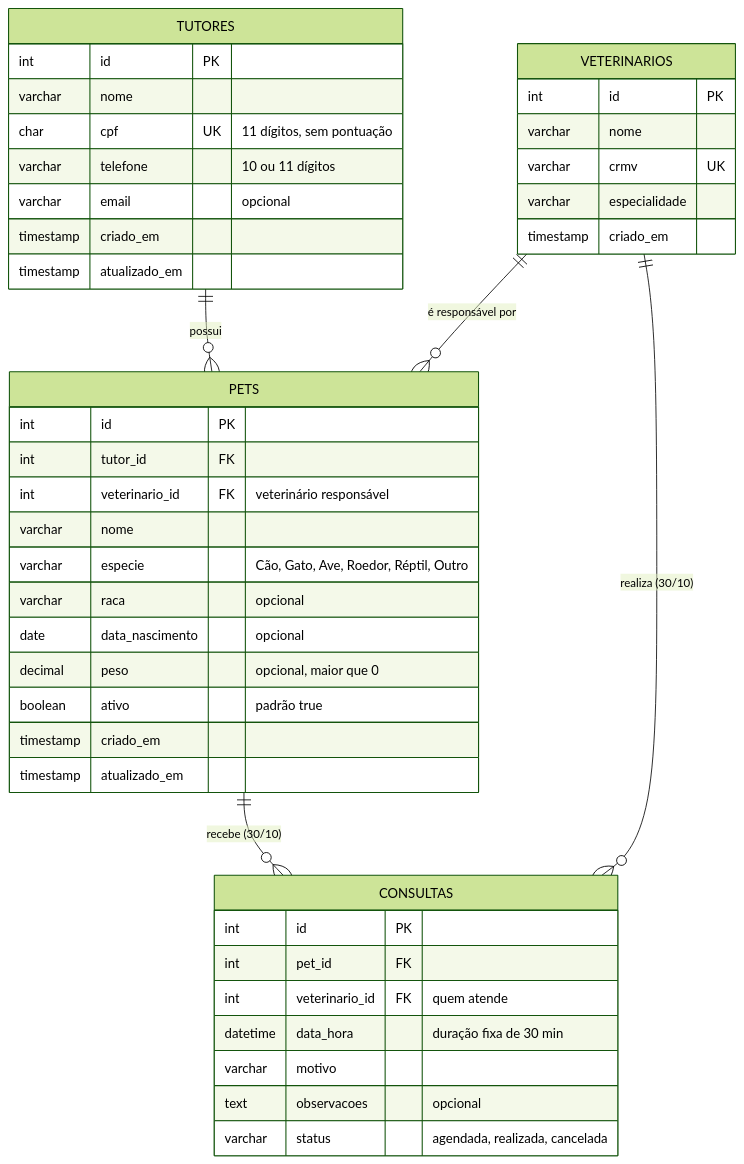
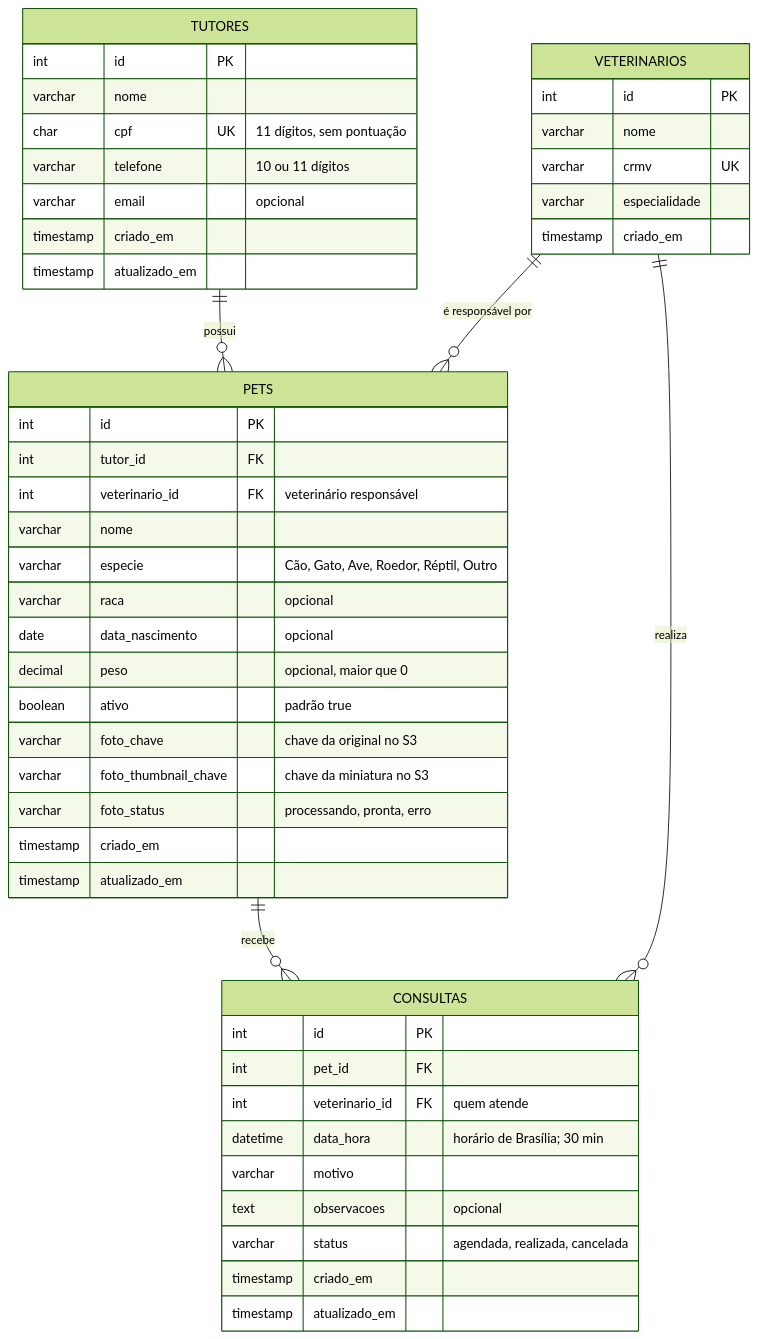
One commit to AnaBeatrizOliver/Projeto-de-Nuvem- changed the third of 3 diagrams in specs/design.md. Above: the diagram before and after it, drawn with Mermaid (forest theme). The commit also changed other lines of this file and 16 other files, not shown here.

````diff
--- a/specs/design.md
+++ b/specs/design.md
@@ -111,46 +126,51 @@
 ```mermaid
 erDiagram
     TUTORES ||--o{ PETS : "possui"
     VETERINARIOS ||--o{ PETS : "é responsável por"
-    PETS ||--o{ CONSULTAS : "recebe (30/10)"
-    VETERINARIOS ||--o{ CONSULTAS : "realiza (30/10)"
+    PETS ||--o{ CONSULTAS : "recebe"
+    VETERINARIOS ||--o{ CONSULTAS : "realiza"
 
     TUTORES {
         int id PK
         varchar nome
         char cpf UK "11 dígitos, sem pontuação"
         varchar telefone "10 ou 11 dígitos"
         varchar email "opcional"
         timestamp criado_em
         timestamp atualizado_em
     }
     VETERINARIOS {
         int id PK
         varchar nome
         varchar crmv UK
         varchar especialidade
         timestamp criado_em
     }
     PETS {
         int id PK
         int tutor_id FK
         int veterinario_id FK "veterinário responsável"
         varchar nome
         varchar especie "Cão, Gato, Ave, Roedor, Réptil, Outro"
         varchar raca "opcional"
         date data_nascimento "opcional"
         decimal peso "opcional, maior que 0"
         boolean ativo "padrão true"
+        varchar foto_chave "chave da original no S3"
+        varchar foto_thumbnail_chave "chave da miniatura no S3"
+        varchar foto_status "processando, pronta, erro"
         timestamp criado_em
         timestamp atualizado_em
     }
     CONSULTAS {
         int id PK
         int pet_id FK
         int veterinario_id FK "quem atende"
-        datetime data_hora "duração fixa de 30 min"
+        datetime data_hora "horário de Brasília; 30 min"
         varchar motivo
         text observacoes "opcional"
         varchar status "agendada, realizada, cancelada"
+        timestamp criado_em
+        timestamp atualizado_em
     }
 ```
````
